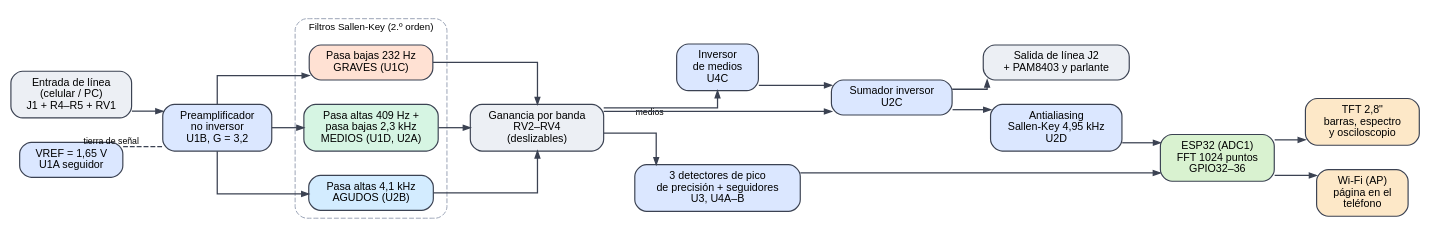
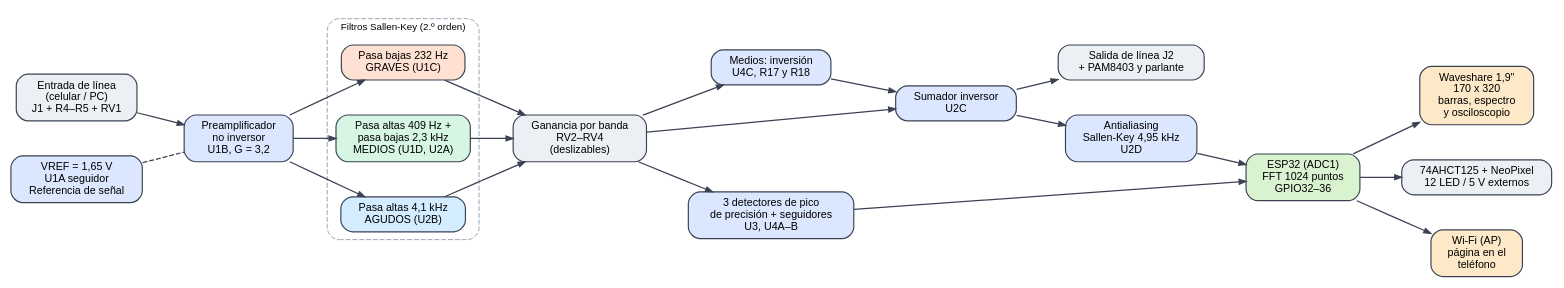
Before and after one commit to davixcky/ecualizador-esp32: the diagram in herramientas/diagrama_bloques.dot, drawn with Graphviz. The commit also changed 1446 other files, not shown here.

```diff
--- a/herramientas/diagrama_bloques.dot
+++ b/herramientas/diagrama_bloques.dot
@@ -1,35 +1,36 @@
 // Diagrama de bloques del ecualizador. dot -Tpng -Gdpi=160 diagrama_bloques.dot -o ../img/diagrama-de-bloques.png
 digraph G {
-  rankdir=LR; splines=ortho; nodesep=0.35; ranksep=0.45;
+  rankdir=LR; splines=polyline; nodesep=0.5; ranksep=0.6;
   node [shape=box, style="rounded,filled", fontname="Helvetica", fontsize=11, penwidth=1.2, color="#3b4252", margin="0.18,0.08"];
   edge [color="#3b4252", penwidth=1.3, arrowsize=0.7, fontname="Helvetica", fontsize=9];
 
   entrada [label="Entrada de línea\n(celular / PC)\nJ1 + R4–R5 + RV1", fillcolor="#eceff4"];
   pre [label="Preamplificador\nno inversor\nU1B, G = 3,2", fillcolor="#dbe7ff"];
-  vref [label="VREF = 1,65 V\nU1A seguidor", fillcolor="#dbe7ff"];
+  vref [label="VREF = 1,65 V\nU1A seguidor\nReferencia de señal", fillcolor="#dbe7ff"];
 
   subgraph cluster_f { label="Filtros Sallen-Key (2.º orden)"; fontname="Helvetica"; fontsize=10; style="rounded,dashed"; color="#9aa3b5";
     lp [label="Pasa bajas 232 Hz\nGRAVES (U1C)", fillcolor="#ffe1d3"];
     bp [label="Pasa altas 409 Hz +\npasa bajas 2,3 kHz\nMEDIOS (U1D, U2A)", fillcolor="#d6f5e3"];
     hp [label="Pasa altas 4,1 kHz\nAGUDOS (U2B)", fillcolor="#d3ecff"];
   }
   pots [label="Ganancia por banda\nRV2–RV4\n(deslizables)", fillcolor="#eceff4"];
-  inv [label="Inversor\nde medios\nU4C", fillcolor="#dbe7ff"];
+  inv [label="Medios: inversión\nU4C, R17 y R18", fillcolor="#dbe7ff"];
   sum [label="Sumador inversor\nU2C", fillcolor="#dbe7ff"];
   salida [label="Salida de línea J2\n+ PAM8403 y parlante", fillcolor="#eceff4"];
   det [label="3 detectores de pico\nde precisión + seguidores\nU3, U4A–B", fillcolor="#dbe7ff"];
   aa [label="Antialiasing\nSallen-Key 4,95 kHz\nU2D", fillcolor="#dbe7ff"];
   esp [label="ESP32 (ADC1)\nFFT 1024 puntos\nGPIO32–36", fillcolor="#d9f2d0"];
-  tft [label="TFT 2,8\"\nbarras, espectro\ny osciloscopio", fillcolor="#fde8c8"];
+  tft [label="Waveshare 1,9\"\n170 x 320\nbarras, espectro\ny osciloscopio", fillcolor="#fde8c8"];
+  led [label="74AHCT125 + NeoPixel\n12 LED / 5 V externos", fillcolor="#eceff4"];
   web [label="Wi-Fi (AP)\npágina en el\nteléfono", fillcolor="#fde8c8"];
 
   entrada -> pre -> {lp bp hp};
-  vref -> pre [style=dashed, arrowhead=none, xlabel="tierra de señal"];
+  vref -> pre [style=dashed, arrowhead=none];
   {lp bp hp} -> pots;
-  pots -> inv [xlabel="medios"];
+  pots -> inv;
   pots -> sum; inv -> sum;
   sum -> salida;
   sum -> aa -> esp;
   pots -> det -> esp;
-  esp -> tft; esp -> web;
+  esp -> tft; esp -> web; esp -> led;
 }
```
